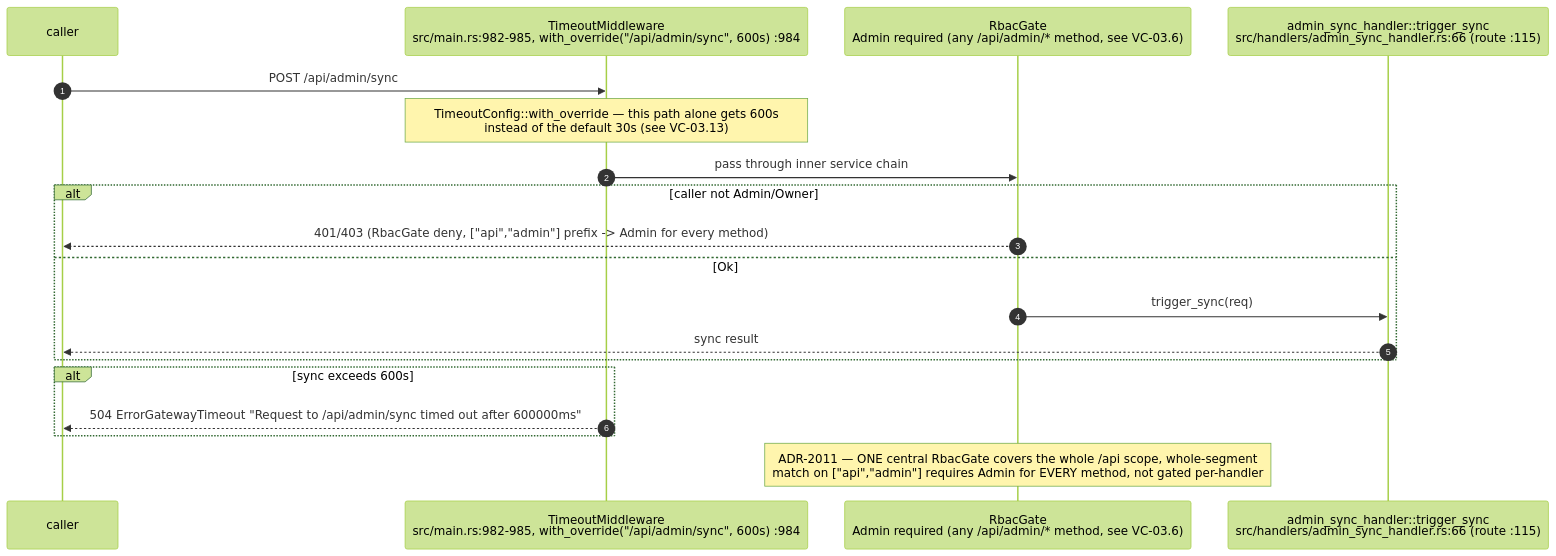
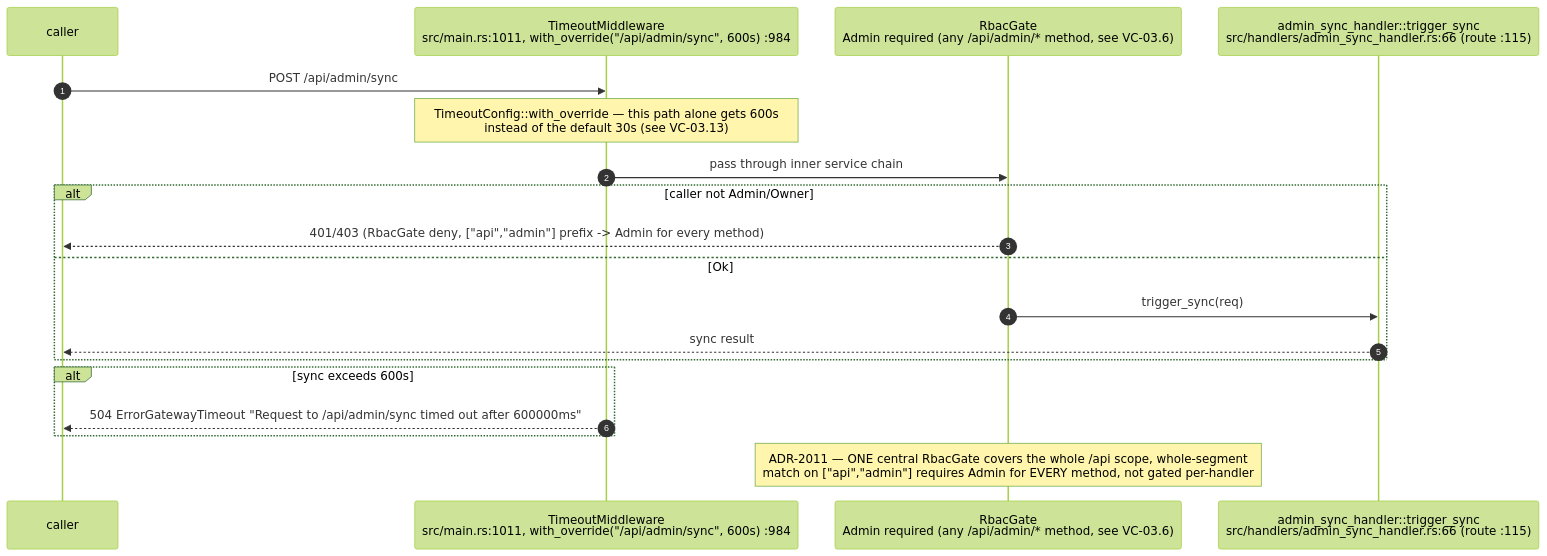
The second of 18 diagrams in docs/diagrams/visionclaw/05-handlers-governance-and-identity.md (DreamLab-AI/VisionFlow), drawn with Mermaid (forest theme) before and after one commit. The commit also changed other lines of this file and 51 other files, not shown here.

First line of the commit message:
docs(diagrams): agentbox AB-01..13 re-attested anchor by anchor (980 anchors, 22 defects); checkpoint against an out-of-mesh writer

````diff
--- a/docs/diagrams/visionclaw/05-handlers-governance-and-identity.md
+++ b/docs/diagrams/visionclaw/05-handlers-governance-and-identity.md
@@ -117,22 +117,22 @@
 ```mermaid
 sequenceDiagram
     autonumber
     participant C as caller
-    participant TO as TimeoutMiddleware<br/>src/main.rs:982-985, with_override("/api/admin/sync", 600s) :984
+    participant TO as TimeoutMiddleware<br/>src/main.rs:1011, with_override("/api/admin/sync", 600s) :984
     participant RG as RbacGate<br/>Admin required (any /api/admin/* method, see VC-03.6)
     participant H as admin_sync_handler::trigger_sync<br/>src/handlers/admin_sync_handler.rs:66 (route :115)
 
     C->>TO: POST /api/admin/sync
     Note over TO: TimeoutConfig::with_override — this path alone gets 600s<br/>instead of the default 30s (see VC-03.13)
     TO->>RG: pass through inner service chain
     alt caller not Admin/Owner
         RG-->>C: 401/403 (RbacGate deny, ["api","admin"] prefix -> Admin for every method)
     else Ok
         RG->>H: trigger_sync(req)
         H-->>C: sync result
     end
     alt sync exceeds 600s
         TO-->>C: 504 ErrorGatewayTimeout "Request to /api/admin/sync timed out after 600000ms"
     end
     Note over RG: ADR-2011 — ONE central RbacGate covers the whole /api scope, whole-segment<br/>match on ["api","admin"] requires Admin for EVERY method, not gated per-handler
 ```
````
